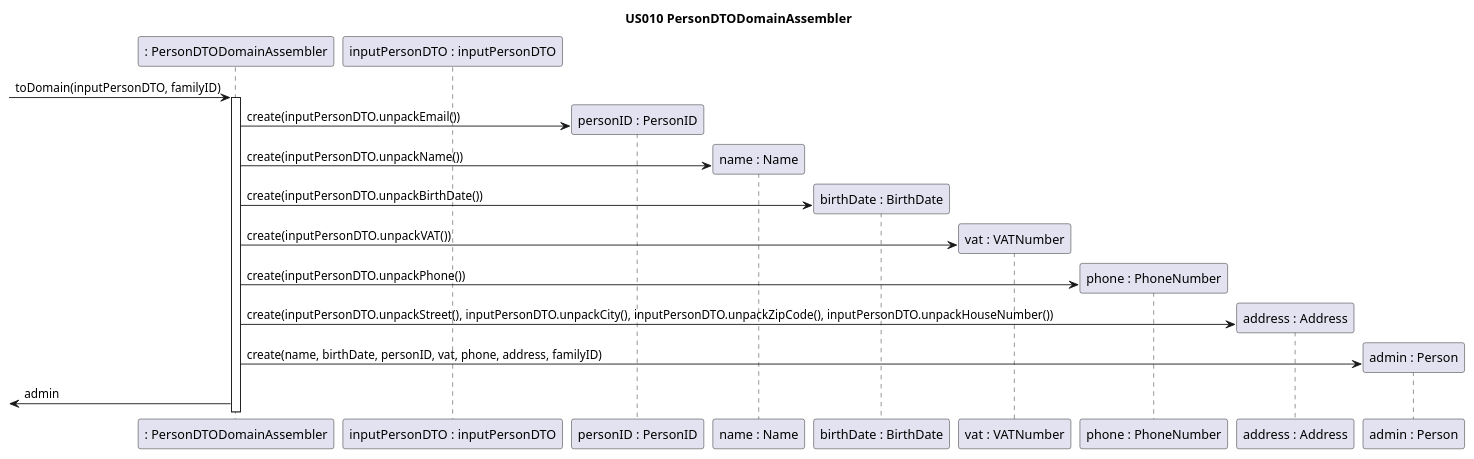
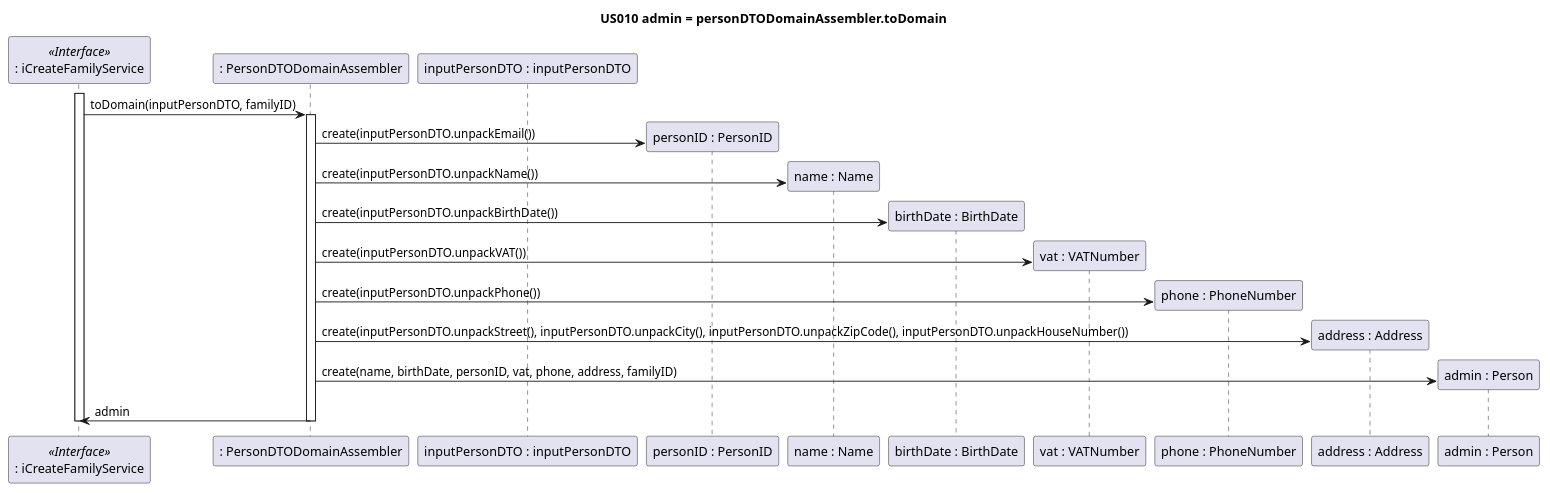
The fourth of 8 diagrams in docs/sprint4/user_stories/US010_CreateAFamilyAndSetAdministrator.md (tomas-osswald/switch_2020_g3), drawn with PlantUML before and after one commit. The commit also changed other lines of this file, not shown here.

Commit message:
changed SDs to match established namings and include interface stereotypes

`````diff
--- a/docs/sprint4/user_stories/US010_CreateAFamilyAndSetAdministrator.md
+++ b/docs/sprint4/user_stories/US010_CreateAFamilyAndSetAdministrator.md
@@ -199,27 +172,31 @@
 ````puml
 @startuml
-title US010 PersonDTODomainAssembler
+title US010 admin = personDTODomainAssembler.toDomain
 
+participant ": iCreateFamilyService" as createFamilyService <<Interface>>
 participant ": PersonDTODomainAssembler" as dtoToDomainAssembler
 participant "inputPersonDTO : inputPersonDTO" as inputPersonDTO
 participant "personID : PersonID" as personID
 participant "name : Name" as name
 participant "birthDate : BirthDate" as birthDate
 participant "vat : VATNumber" as vat
 participant "phone : PhoneNumber" as phoneNumber
 participant "address : Address" as address
 participant "admin : Person" as admin
 
--> dtoToDomainAssembler : toDomain(inputPersonDTO, familyID)
+activate createFamilyService
+createFamilyService -> dtoToDomainAssembler : toDomain(inputPersonDTO, familyID)
 activate dtoToDomainAssembler
 dtoToDomainAssembler -> personID** : create(inputPersonDTO.unpackEmail())
 dtoToDomainAssembler -> name** : create(inputPersonDTO.unpackName())
 dtoToDomainAssembler -> birthDate** : create(inputPersonDTO.unpackBirthDate())
 dtoToDomainAssembler -> vat** : create(inputPersonDTO.unpackVAT())
 dtoToDomainAssembler -> phoneNumber** : create(inputPersonDTO.unpackPhone())
 dtoToDomainAssembler -> address** : create(inputPersonDTO.unpackStreet(), inputPersonDTO.unpackCity(), inputPersonDTO.unpackZipCode(), inputPersonDTO.unpackHouseNumber())
 dtoToDomainAssembler -> admin** : create(name, birthDate, personID, vat, phone, address, familyID)
-<- dtoToDomainAssembler : admin
+dtoToDomainAssembler -> createFamilyService : admin
+deactivate dtoToDomainAssembler
+deactivate createFamilyService
 
 @enduml
 ````
`````
